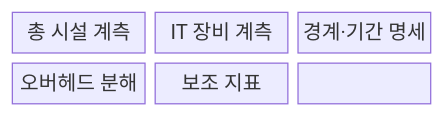
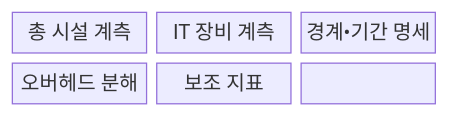
One commit to agnusdei1207/knowledge-base changed the first of 2 diagrams in src/content/docs/notes/08-latest-tech/198_power_usage_effectiveness.md. Above: the diagram before and after it, drawn with Mermaid. The commit also changed other lines of this file and 953 other files, not shown here.

````diff
--- a/src/content/docs/notes/08-latest-tech/198_power_usage_effectiveness.md
+++ b/src/content/docs/notes/08-latest-tech/198_power_usage_effectiveness.md
@@ -69,11 +69,11 @@
 ```mermaid
 block-beta
   columns 3
   N0["총 시설 계측"]
   N1["IT 장비 계측"]
-  N2["경계·기간 명세"]
+  N2["경계•기간 명세"]
   N3["오버헤드 분해"]
   N4["보조 지표"]
   N0 --- N1 --- N2
   N2 --- N3 --- N4
 ```
````
